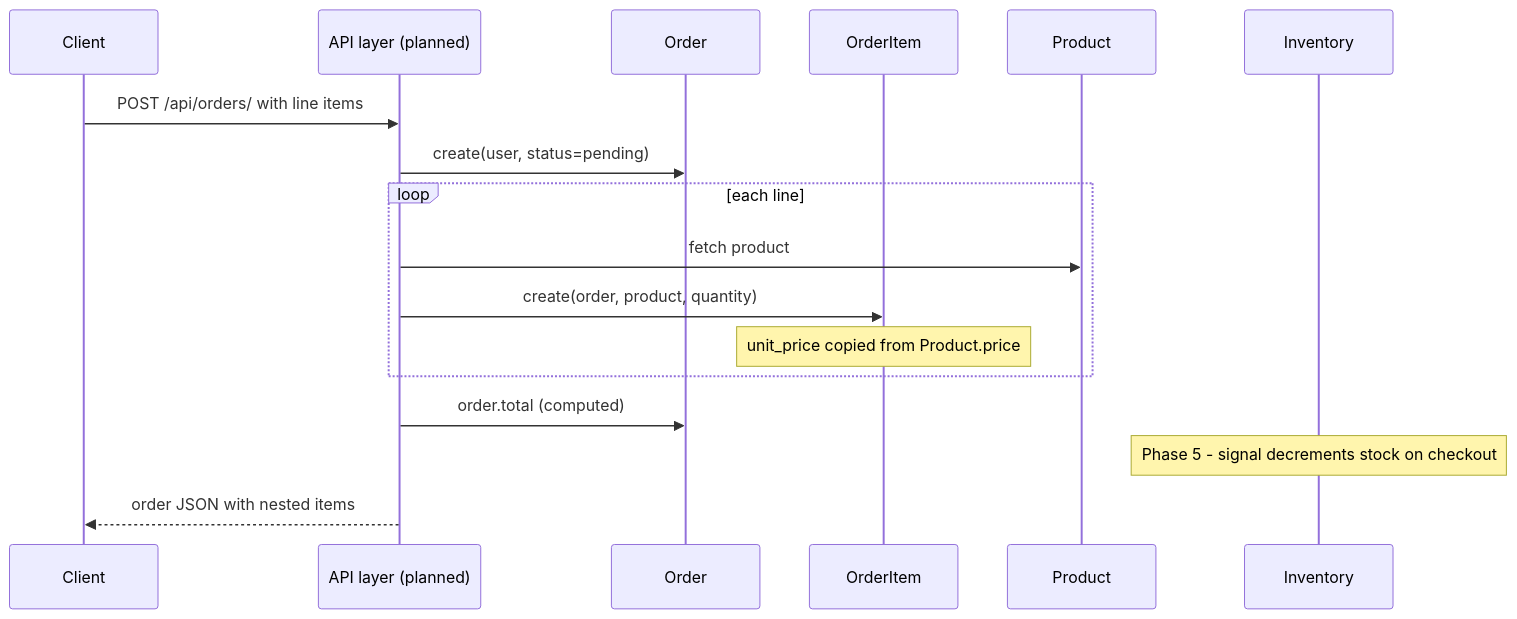
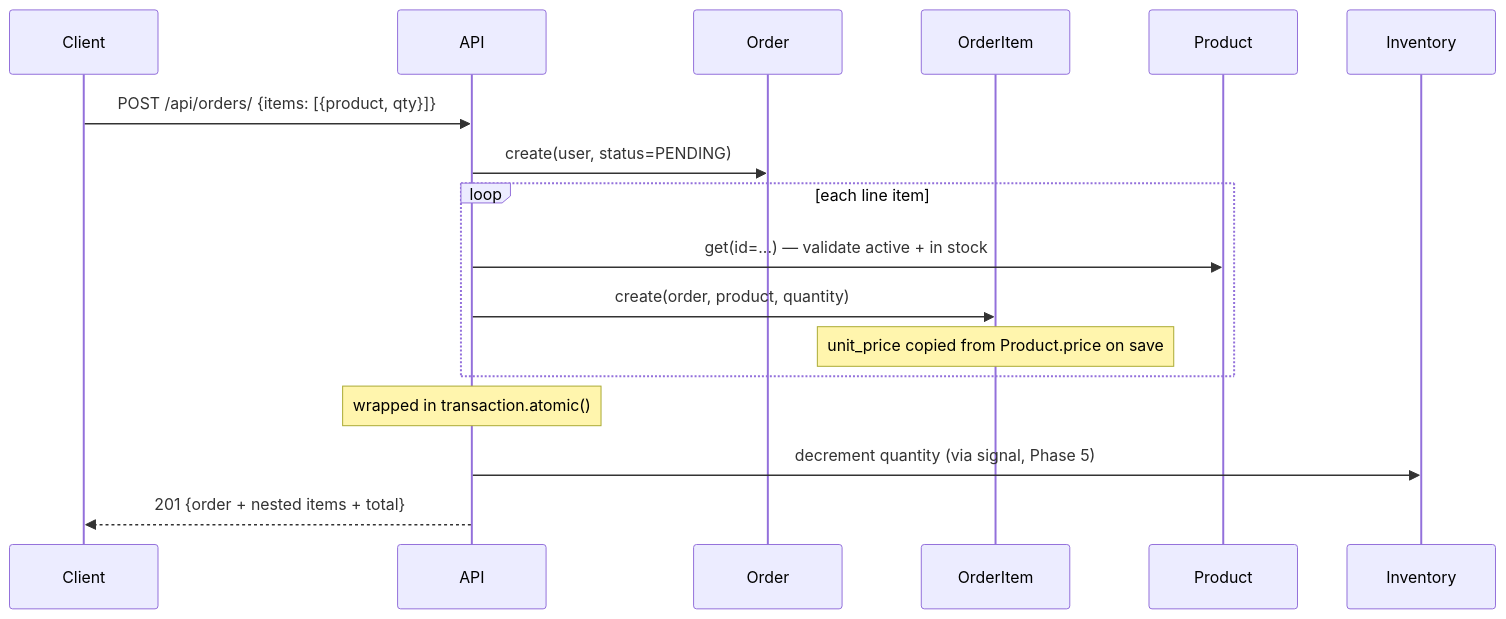
The fifth of 5 diagrams in docs/DESIGN.md (akotian-eab/django-ecommerce-lite), drawn with Mermaid before and after one commit. The commit also changed other lines of this file and 7 other files, not shown here.

First line of the commit message:
Add Phase 2 ORM tooling, docs, and Order total optimisation.

````diff
--- a/docs/DESIGN.md
+++ b/docs/DESIGN.md
@@ -283,20 +350,20 @@
 ```mermaid
 sequenceDiagram
     participant Client
-    participant API as API layer (planned)
+    participant API
     participant Order
     participant OrderItem
     participant Product
     participant Inventory
 
-    Client->>API: POST /api/orders/ with line items
-    API->>Order: create(user, status=pending)
-    loop each line
-        API->>Product: fetch product
+    Client->>API: POST /api/orders/ {items: [{product, qty}]}
+    API->>Order: create(user, status=PENDING)
+    loop each line item
+        API->>Product: get(id=...) — validate active + in stock
         API->>OrderItem: create(order, product, quantity)
-        Note over OrderItem: unit_price copied from Product.price
+        Note over OrderItem: unit_price copied from Product.price on save
     end
-    API->>Order: order.total (computed)
-    Note over Inventory: Phase 5 - signal decrements stock on checkout
-    API-->>Client: order JSON with nested items
+    Note over API: wrapped in transaction.atomic()
+    API->>Inventory: decrement quantity (via signal, Phase 5)
+    API-->>Client: 201 {order + nested items + total}
 ```
````
